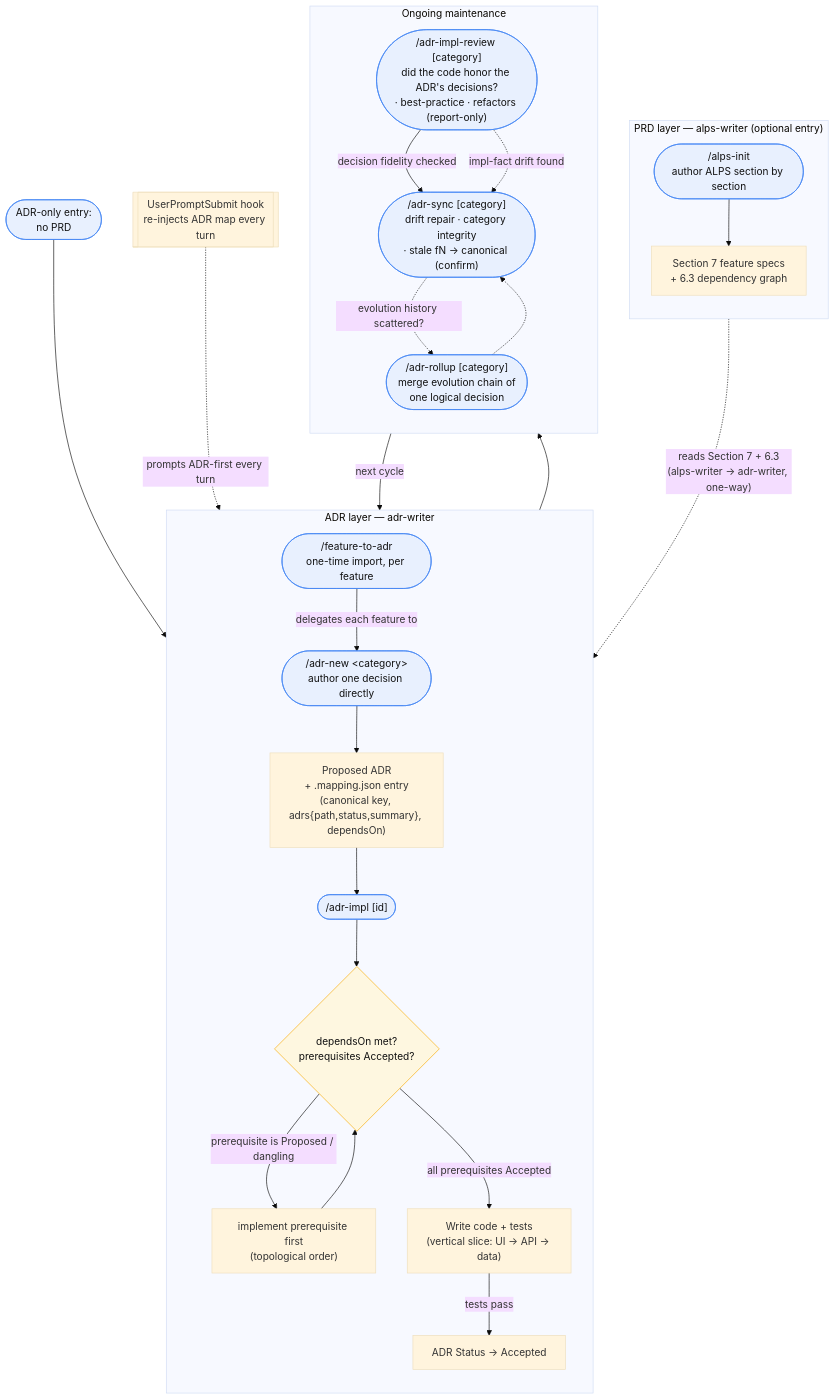
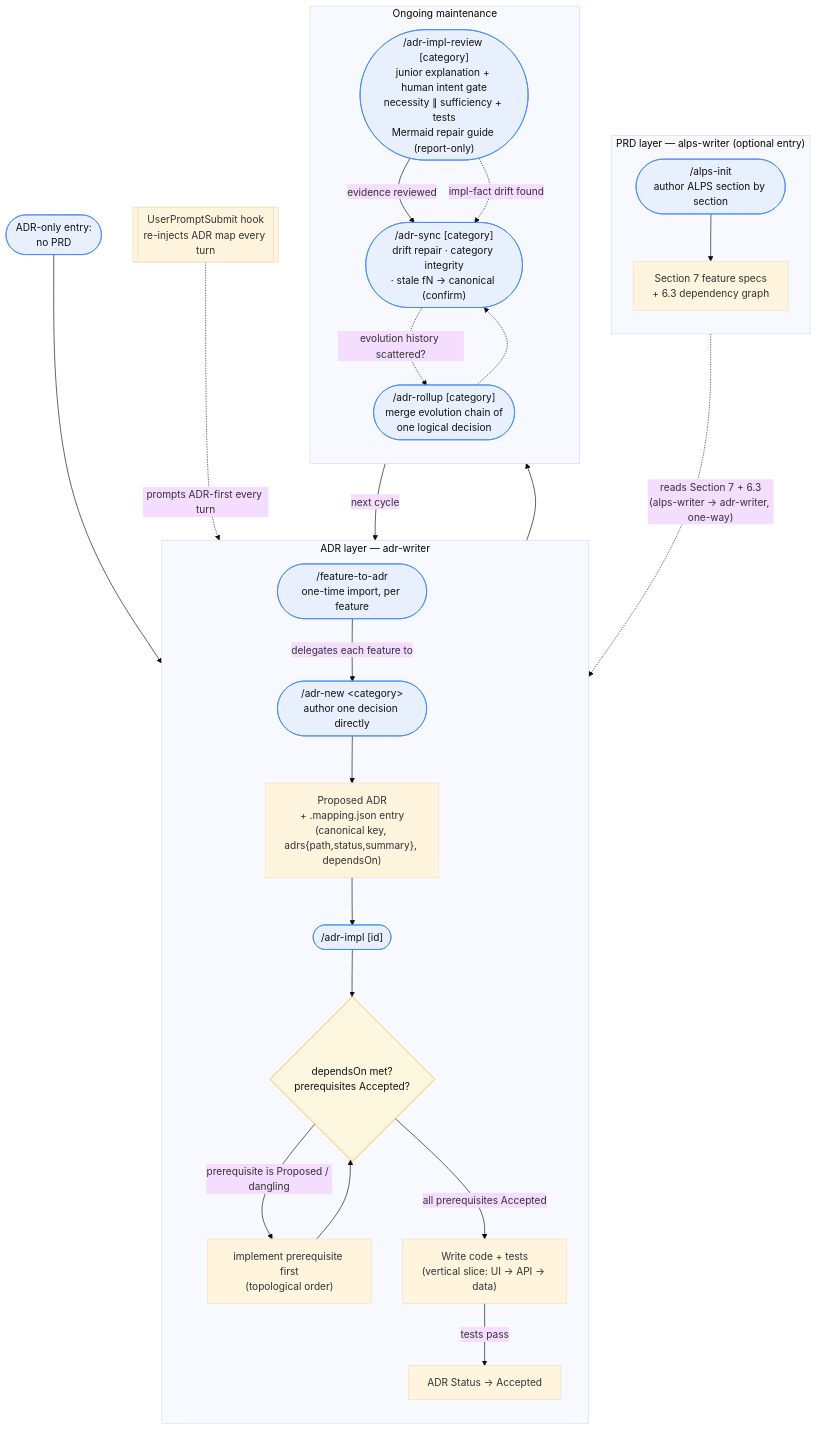
One commit to haandol/alps-writer-mcp changed the second of 2 diagrams in docs/usage.md. Above: the diagram before and after it, drawn with Mermaid (base theme). The commit also changed other lines of this file and 16 other files, not shown here.

Commit message:
feat(adr): add adversarial implementation review reports

````diff
--- a/docs/usage.md
+++ b/docs/usage.md
@@ -26,53 +27,53 @@
 ```mermaid
 flowchart TD
     subgraph prd["PRD layer — alps-writer (optional entry)"]
         direction TB
         Init(["/alps-init<br/>author ALPS section by section"])
         S7["Section 7 feature specs<br/>+ 6.3 dependency graph"]
         Init --> S7
     end
 
     subgraph adr["ADR layer — adr-writer"]
         direction TB
         F2A(["/feature-to-adr<br/>one-time import, per feature"])
         New(["/adr-new &lt;category&gt;<br/>author one decision directly"])
         Proposed["Proposed ADR<br/>+ .mapping.json entry<br/>(canonical key, adrs{path,status,summary}, dependsOn)"]
         Impl(["/adr-impl [id]"])
         Gate{"dependsOn met?<br/>prerequisites Accepted?"}
         Code["Write code + tests<br/>(vertical slice: UI → API → data)"]
         Accepted["ADR Status → Accepted"]
 
         F2A -->|delegates each feature to| New
         New --> Proposed
         Proposed --> Impl
         Impl --> Gate
         Gate -->|prerequisite is Proposed / dangling| PrereqFirst["implement prerequisite first<br/>(topological order)"]
         PrereqFirst --> Gate
         Gate -->|all prerequisites Accepted| Code
         Code -->|tests pass| Accepted
     end
 
     subgraph maint["Ongoing maintenance"]
         direction TB
-        Review(["/adr-impl-review [category]<br/>did the code honor the ADR's decisions?<br/>· best-practice · refactors (report-only)"])
+        Review(["/adr-impl-review [category]<br/>junior explanation + human intent gate<br/>necessity ∥ sufficiency + tests<br/>Mermaid repair guide (report-only)"])
         Sync(["/adr-sync [category]<br/>drift repair · category integrity<br/>· stale fN → canonical (confirm)"])
         Rollup(["/adr-rollup [category]<br/>merge evolution chain of<br/>one logical decision"])
     end
 
     Hook[["UserPromptSubmit hook<br/>re-injects ADR map every turn"]]
 
     S7 -.->|"reads Section 7 + 6.3<br/>(alps-writer → adr-writer, one-way)"| F2A
     Start(["ADR-only entry:<br/>no PRD"]) --> New
     Accepted --> Review
-    Review -->|decision fidelity checked| Sync
+    Review -->|evidence reviewed| Sync
     Review -.->|impl-fact drift found| Sync
     Sync -->|next cycle| Impl
     Sync -.->|evolution history scattered?| Rollup
     Rollup -.-> Sync
     Hook -.->|prompts ADR-first every turn| Impl
 
     classDef cmd fill:#e8f0fe,stroke:#4285f4,color:#111;
     classDef gate fill:#fef7e0,stroke:#f9ab00,color:#111;
     class Init,F2A,New,Impl,Review,Sync,Rollup,Start cmd;
     class Gate gate;
 ```
````
